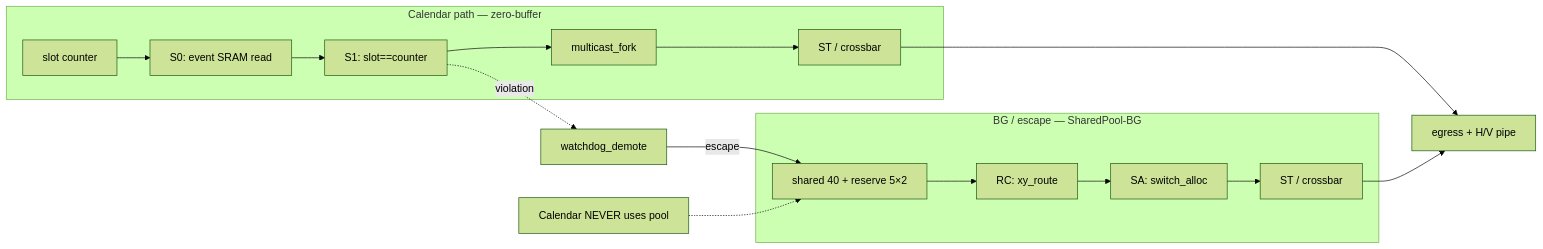
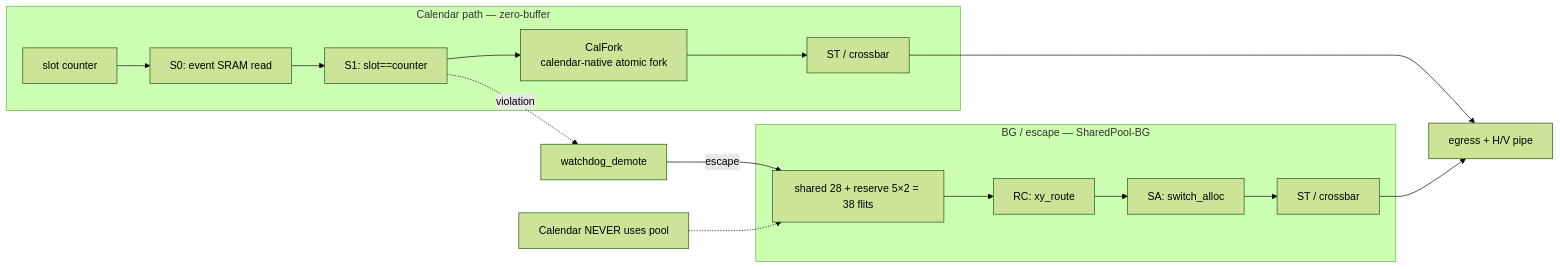
The second of 5 diagrams in docs/phase-3-uarch/uarch-diagram.md (lukebest/booksim2), drawn with Mermaid (forest theme) before and after one commit. The commit also changed other lines of this file and 30 other files, not shown here.

First line of the commit message:
dse: Trial 5 Arch-A5 CalFork + lean SharedPool — area 0.746×

````diff
--- a/docs/phase-3-uarch/uarch-diagram.md
+++ b/docs/phase-3-uarch/uarch-diagram.md
@@ -31,19 +31,19 @@
 ```mermaid
 flowchart LR
   subgraph cal["Calendar path — zero-buffer"]
     CTR["slot counter"] --> S0["S0: event SRAM read"]
     S0 --> S1["S1: slot==counter"]
-    S1 --> MF["multicast_fork"]
+    S1 --> MF["CalFork<br/>calendar-native atomic fork"]
     MF --> ST1["ST / crossbar"]
   end
   subgraph bg["BG / escape — SharedPool-BG"]
-    POOL["shared 40 + reserve 5×2"] --> RC["RC: xy_route"]
+    POOL["shared 28 + reserve 5×2 = 38 flits"] --> RC["RC: xy_route"]
     RC --> SA["SA: switch_alloc"]
     SA --> ST2["ST / crossbar"]
   end
   ST1 --> OUT["egress + H/V pipe"]
   ST2 --> OUT
   WD["watchdog_demote"] -->|"escape"| POOL
   S1 -.->|"violation"| WD
   CALX["Calendar NEVER uses pool"] -.-> POOL
 ```
````
